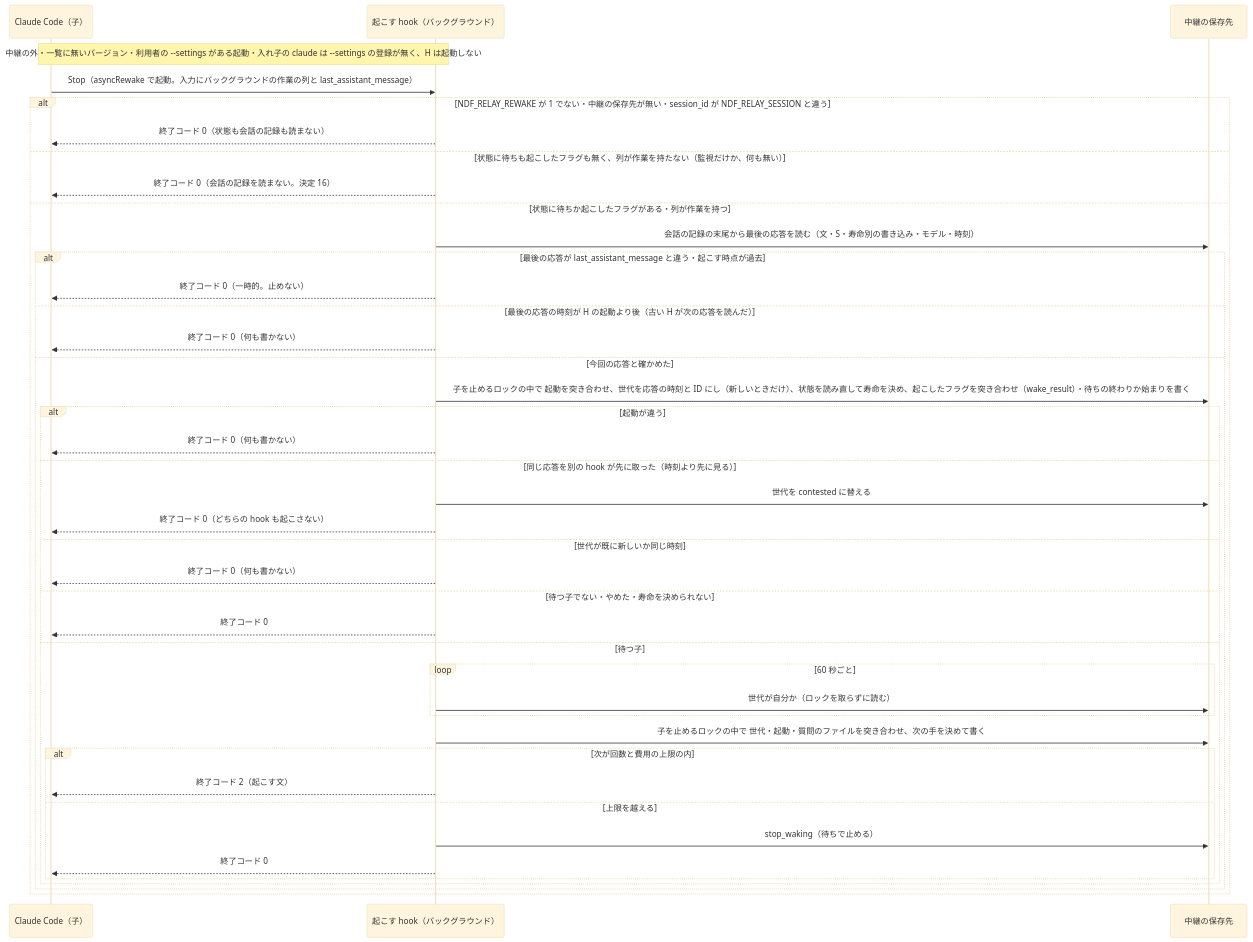
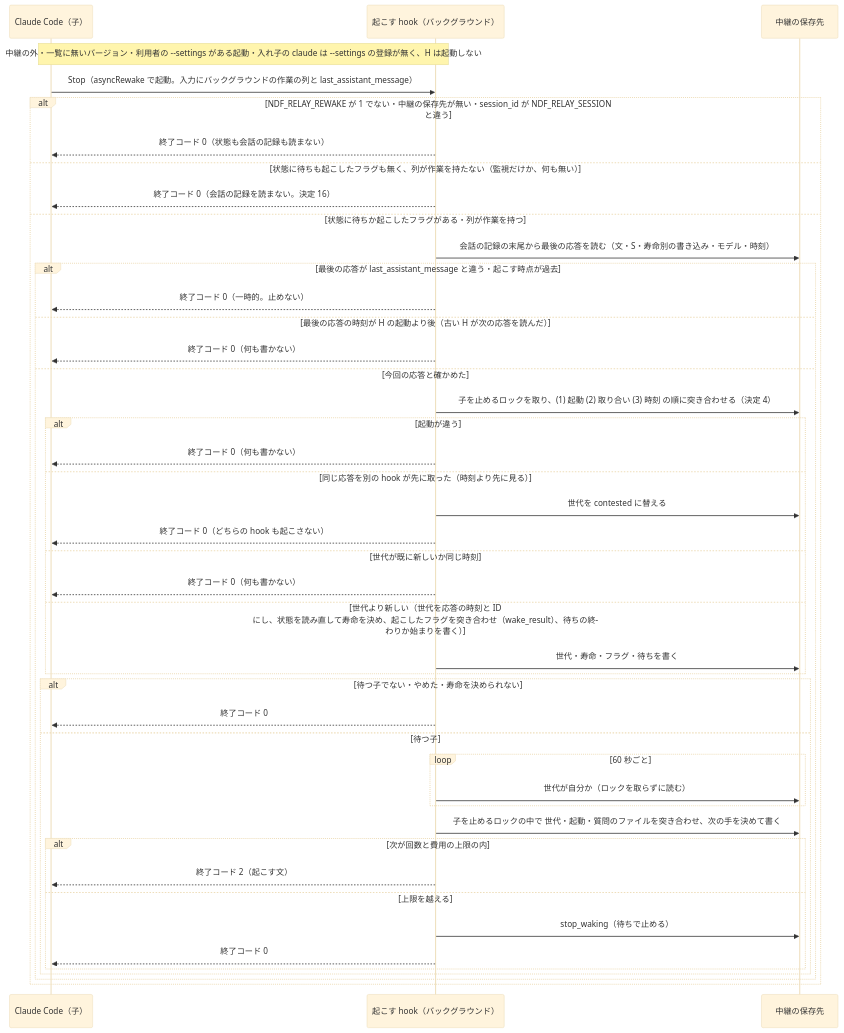
The second of 2 diagrams in issues/issue-4068-4199-design.md (devbasex/ai-plugins), drawn with Mermaid (base theme) before and after one commit. The commit also changed other lines of this file and 4 other files, not shown here.

````diff
--- a/issues/issue-4068-4199-design.md
+++ b/issues/issue-4068-4199-design.md
@@ -192,43 +192,46 @@
 ```mermaid
 sequenceDiagram
   participant CC as Claude Code（子）
   participant H as 起こす hook（バックグラウンド）
   participant F as 中継の保存先
   Note over CC,H: 中継の外・一覧に無いバージョン・利用者の --settings がある起動・入れ子の claude は --settings の登録が無く、H は起動しない
   CC->>H: Stop（asyncRewake で起動。入力にバックグラウンドの作業の列と last_assistant_message）
   alt NDF_RELAY_REWAKE が 1 でない・中継の保存先が無い・session_id が NDF_RELAY_SESSION と違う
     H-->>CC: 終了コード 0（状態も会話の記録も読まない）
   else 状態に待ちも起こしたフラグも無く、列が作業を持たない（監視だけか、何も無い）
     H-->>CC: 終了コード 0（会話の記録を読まない。決定 16）
   else 状態に待ちか起こしたフラグがある・列が作業を持つ
     H->>F: 会話の記録の末尾から最後の応答を読む（文・S・寿命別の書き込み・モデル・時刻）
     alt 最後の応答が last_assistant_message と違う・起こす時点が過去
       H-->>CC: 終了コード 0（一時的。止めない）
     else 最後の応答の時刻が H の起動より後（古い H が次の応答を読んだ）
       H-->>CC: 終了コード 0（何も書かない）
     else 今回の応答と確かめた
-      H->>F: 子を止めるロックの中で 起動を突き合わせ、世代を応答の時刻と ID にし（新しいときだけ）、状態を読み直して寿命を決め、起こしたフラグを突き合わせ（wake_result）・待ちの終わりか始まりを書く
+      H->>F: 子を止めるロックを取り、(1) 起動 (2) 取り合い (3) 時刻 の順に突き合わせる（決定 4）
       alt 起動が違う
         H-->>CC: 終了コード 0（何も書かない）
       else 同じ応答を別の hook が先に取った（時刻より先に見る）
         H->>F: 世代を contested に替える
         H-->>CC: 終了コード 0（どちらの hook も起こさない）
       else 世代が既に新しいか同じ時刻
         H-->>CC: 終了コード 0（何も書かない）
-      else 待つ子でない・やめた・寿命を決められない
+      else 世代より新しい（世代を応答の時刻と ID にし、状態を読み直して寿命を決め、起こしたフラグを突き合わせ（wake_result）、待ちの終わりか始まりを書く）
+        H->>F: 世代・寿命・フラグ・待ちを書く
+      end
+      alt 待つ子でない・やめた・寿命を決められない
         H-->>CC: 終了コード 0
       else 待つ子
         loop 60 秒ごと
           H->>F: 世代が自分か（ロックを取らずに読む）
         end
         H->>F: 子を止めるロックの中で 世代・起動・質問のファイルを突き合わせ、次の手を決めて書く
         alt 次が回数と費用の上限の内
           H-->>CC: 終了コード 2（起こす文）
         else 上限を越える
           H->>F: stop_waking（待ちで止める）
           H-->>CC: 終了コード 0
         end
       end
     end
   end
 ```
````
